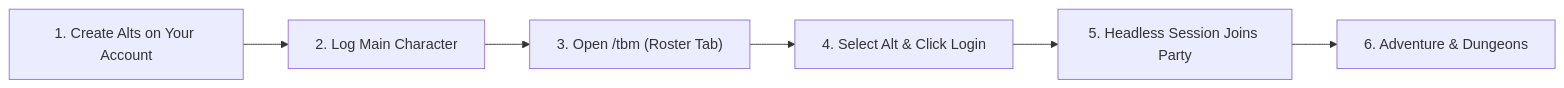
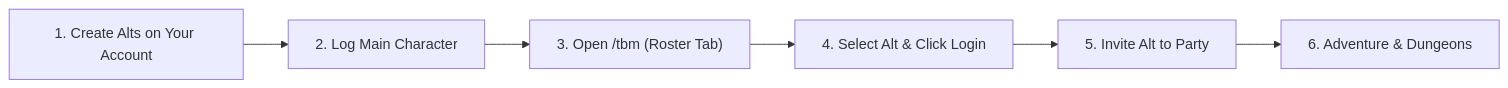
One commit to 11Marlowe/TortoiseBots changed the diagram in docs/play/getting-started.md. Above: the diagram before and after it, drawn with Mermaid. The commit also changed other lines of this file and 8 other files, not shown here.

````diff
--- a/docs/play/getting-started.md
+++ b/docs/play/getting-started.md
@@ -44,9 +44,8 @@
 ```mermaid
 flowchart LR
     CreateAlt["1. Create Alts on Your Account"] --> LogMain["2. Log Main Character"]
     LogMain --> OpenTBM["3. Open /tbm (Roster Tab)"]
-    SelectRow["4. Select Alt & Click Login"]
-    OpenTBM --> SelectRow
-    SelectRow --> Headless["5. Headless Session Joins Party"]
-    Headless --> Field["6. Adventure & Dungeons"]
+    OpenTBM --> SelectRow["4. Select Alt & Click Login"]
+    SelectRow --> InviteParty["5. Invite Alt to Party"]
+    InviteParty --> Field["6. Adventure & Dungeons"]
 ```
````
